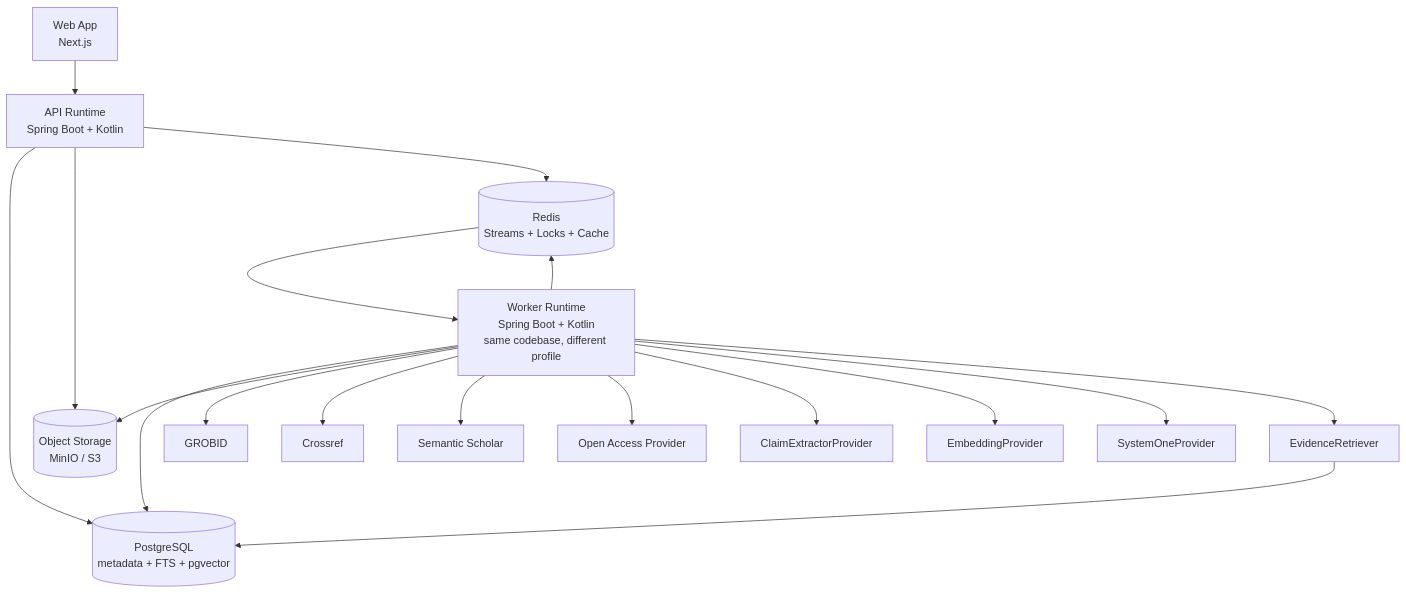
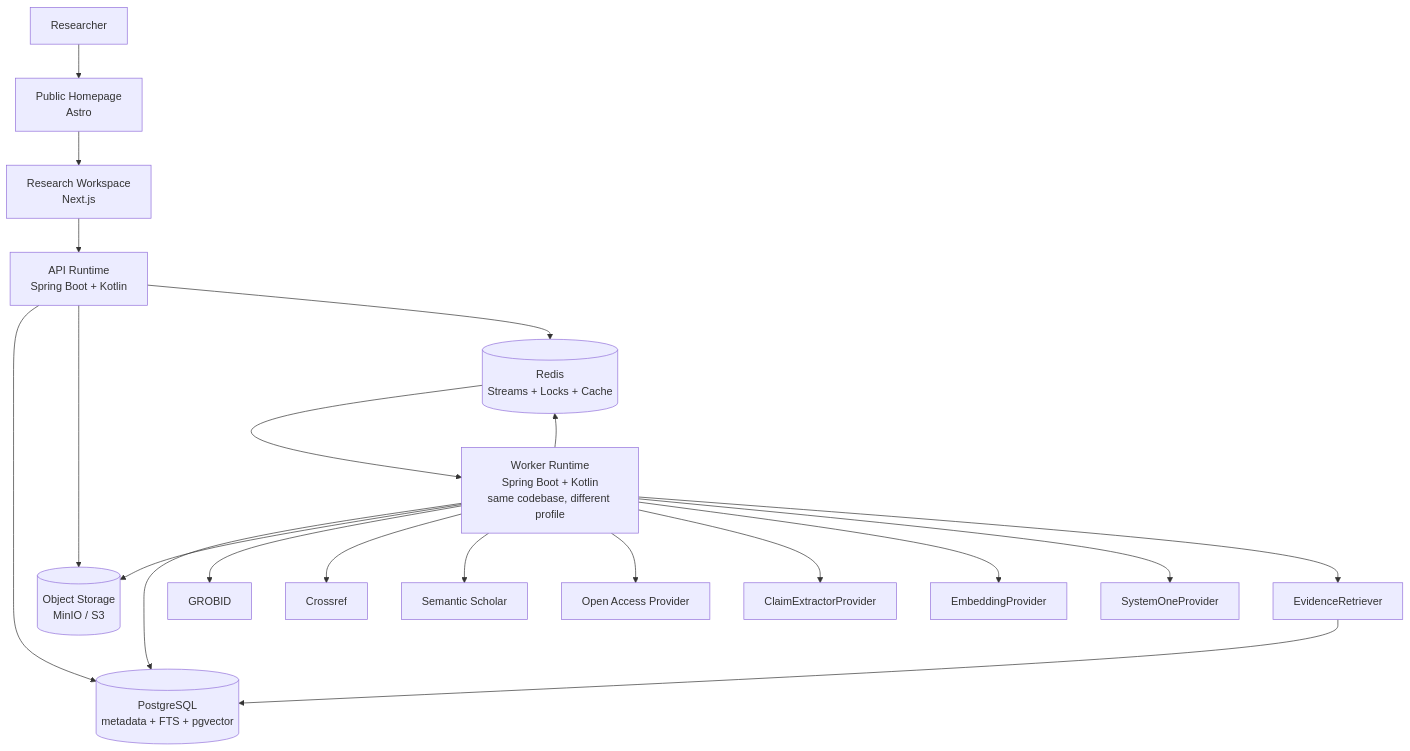
One commit to arrokh/paper-t-rail changed the first of 8 diagrams in docs/paper-t-rail-tech-design.md. Above: the diagram before and after it, drawn with Mermaid. The commit also changed other lines of this file and 79 other files, not shown here.

````diff
--- a/docs/paper-t-rail-tech-design.md
+++ b/docs/paper-t-rail-tech-design.md
@@ -407,45 +405,49 @@
 ```mermaid
 flowchart TB
-    WEB["Web App<br/>Next.js"]
+    RESEARCHER["Researcher"]
+    HOME["Public Homepage<br/>Astro"]
+    WEB["Research Workspace<br/>Next.js"]
 
     API["API Runtime<br/>Spring Boot + Kotlin"]
 
     WORKER["Worker Runtime<br/>Spring Boot + Kotlin<br/>same codebase, different profile"]
 
     PG[("PostgreSQL<br/>metadata + FTS + pgvector")]
     REDIS[("Redis<br/>Streams + Locks + Cache")]
     OBJ[("Object Storage<br/>MinIO / S3")]
 
     GROBID["GROBID"]
 
     CROSSREF["Crossref"]
     S2["Semantic Scholar"]
     OA["Open Access Provider"]
 
     CLAIM["ClaimExtractorProvider"]
     EMB["EmbeddingProvider"]
     SYS1["SystemOneProvider"]
     RET["EvidenceRetriever"]
 
+    RESEARCHER --> HOME
+    HOME --> WEB
     WEB --> API
     API --> PG
     API --> OBJ
     API --> REDIS
 
     REDIS --> WORKER
     WORKER --> REDIS
     WORKER --> PG
     WORKER --> OBJ
 
     WORKER --> GROBID
     WORKER --> CROSSREF
     WORKER --> S2
     WORKER --> OA
 
     WORKER --> CLAIM
     WORKER --> EMB
     WORKER --> SYS1
     WORKER --> RET
 
     RET --> PG
 ```
````
